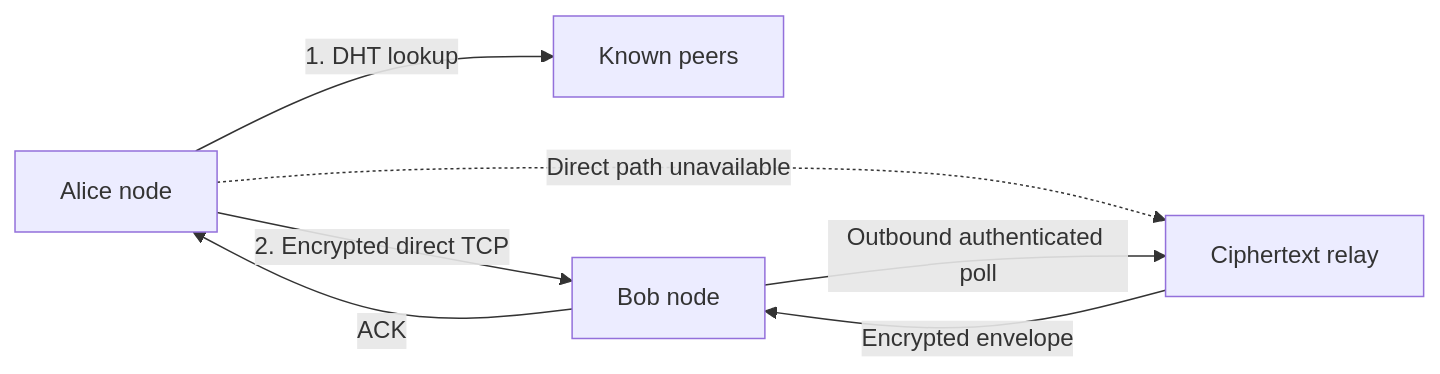
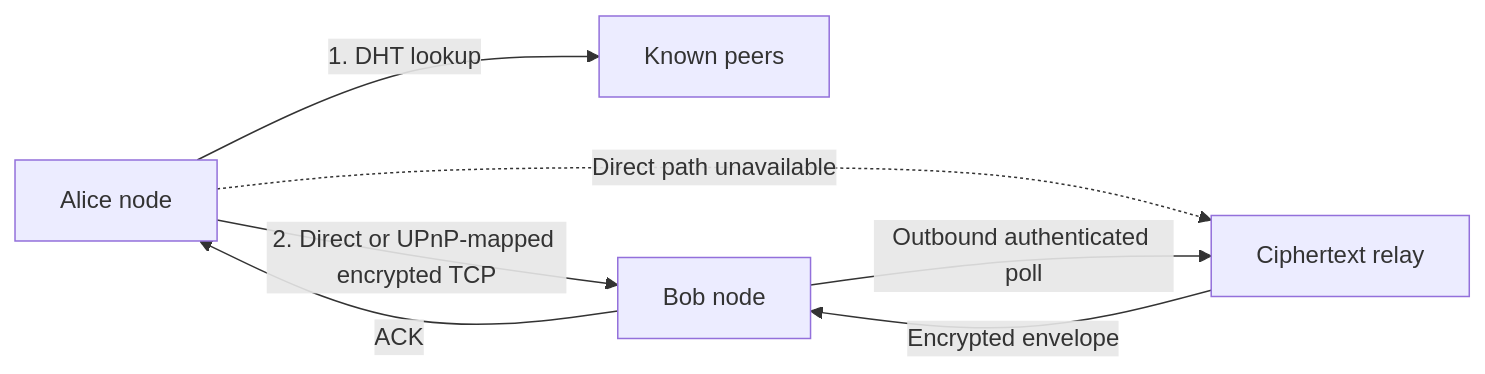
Before and after one commit to AdityaVKochar/p2p-chat: the diagram in README.md, drawn with Mermaid. The commit also changed other lines of this file and 23 other files, not shown here.

````diff
--- a/README.md
+++ b/README.md
@@ -316,9 +386,9 @@
 ```mermaid
 flowchart LR
     A["Alice node"] -->|"1. DHT lookup"| D["Known peers"]
-    A -->|"2. Encrypted direct TCP"| B["Bob node"]
+    A -->|"2. Direct or UPnP-mapped encrypted TCP"| B["Bob node"]
     B -->|"ACK"| A
     A -. "Direct path unavailable" .-> R["Ciphertext relay"]
     B -->|"Outbound authenticated poll"| R
     R -->|"Encrypted envelope"| B
 ```
````
